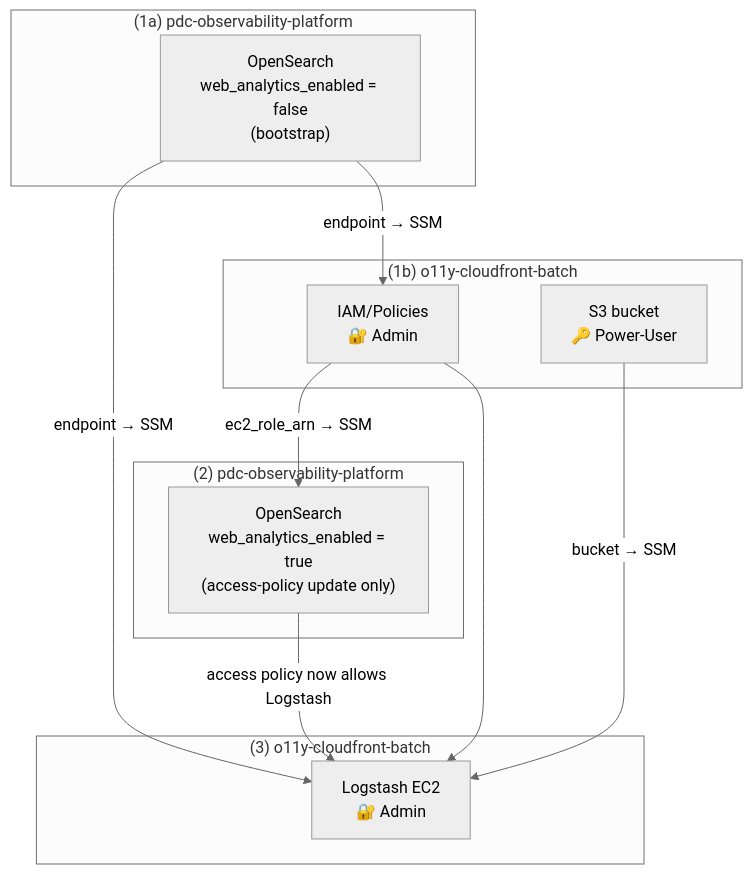
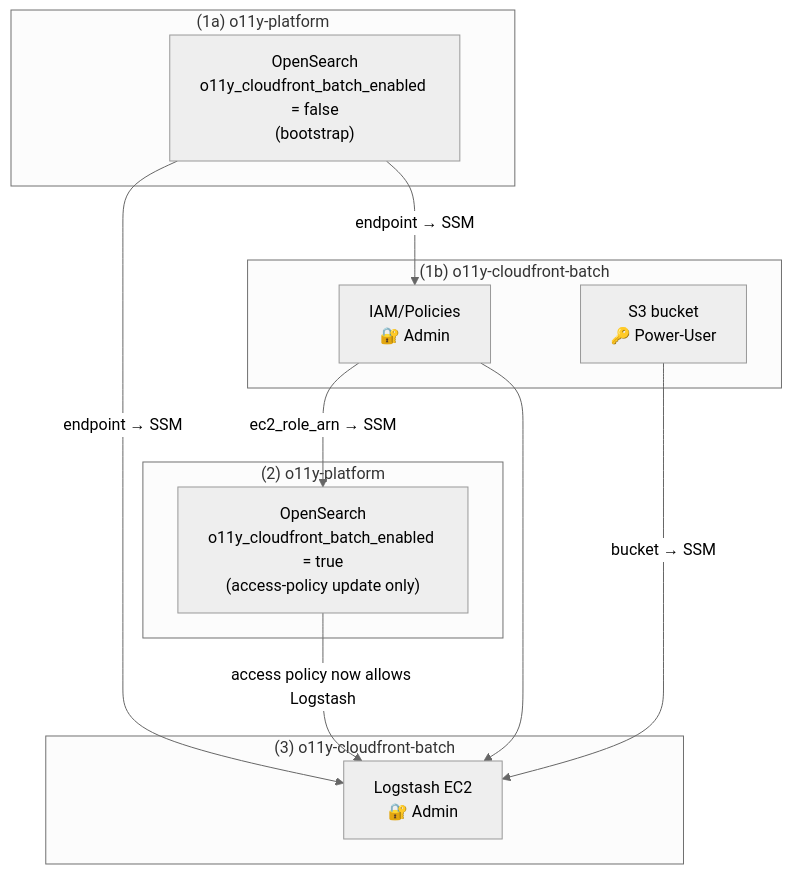
One commit to NASA-PDS/o11y-cloudfront-batch changed the diagram in terraform/README.md. Above: the diagram before and after it, drawn with Mermaid (neutral theme). The commit also changed other lines of this file and 9 other files, not shown here.

First line of the commit message:
Rename web-analytics refs to o11y-cloudfront-batch; fix SSM paths

````diff
--- a/terraform/README.md
+++ b/terraform/README.md
@@ -22,26 +22,26 @@
 ```mermaid
 flowchart TD
-    subgraph ext["(1a) pdc-observability-platform"]
-        OS["OpenSearch\nweb_analytics_enabled = false\n(bootstrap)"]
+    subgraph ext["(1a) o11y-platform"]
+        OS["OpenSearch\no11y_cloudfront_batch_enabled = false\n(bootstrap)"]
     end
 
     subgraph phase1["(1b) o11y-cloudfront-batch"]
         IAM["IAM/Policies\n🔐 Admin"]
         S3["S3 bucket\n🔑 Power-User"]
     end
 
-    subgraph ext2["(2) pdc-observability-platform"]
-        OS2["OpenSearch\nweb_analytics_enabled = true\n(access-policy update only)"]
+    subgraph ext2["(2) o11y-platform"]
+        OS2["OpenSearch\no11y_cloudfront_batch_enabled = true\n(access-policy update only)"]
     end
 
     subgraph phase2["(3) o11y-cloudfront-batch"]
         LS["Logstash EC2\n🔐 Admin"]
     end
 
     OS -->|"endpoint → SSM"| IAM
     OS -->|"endpoint → SSM"| LS
     IAM -->|"ec2_role_arn → SSM"| OS2
     OS2 -->|"access policy now allows Logstash"| LS
     IAM --> LS
     S3 -->|"bucket → SSM"| LS
 ```
````
